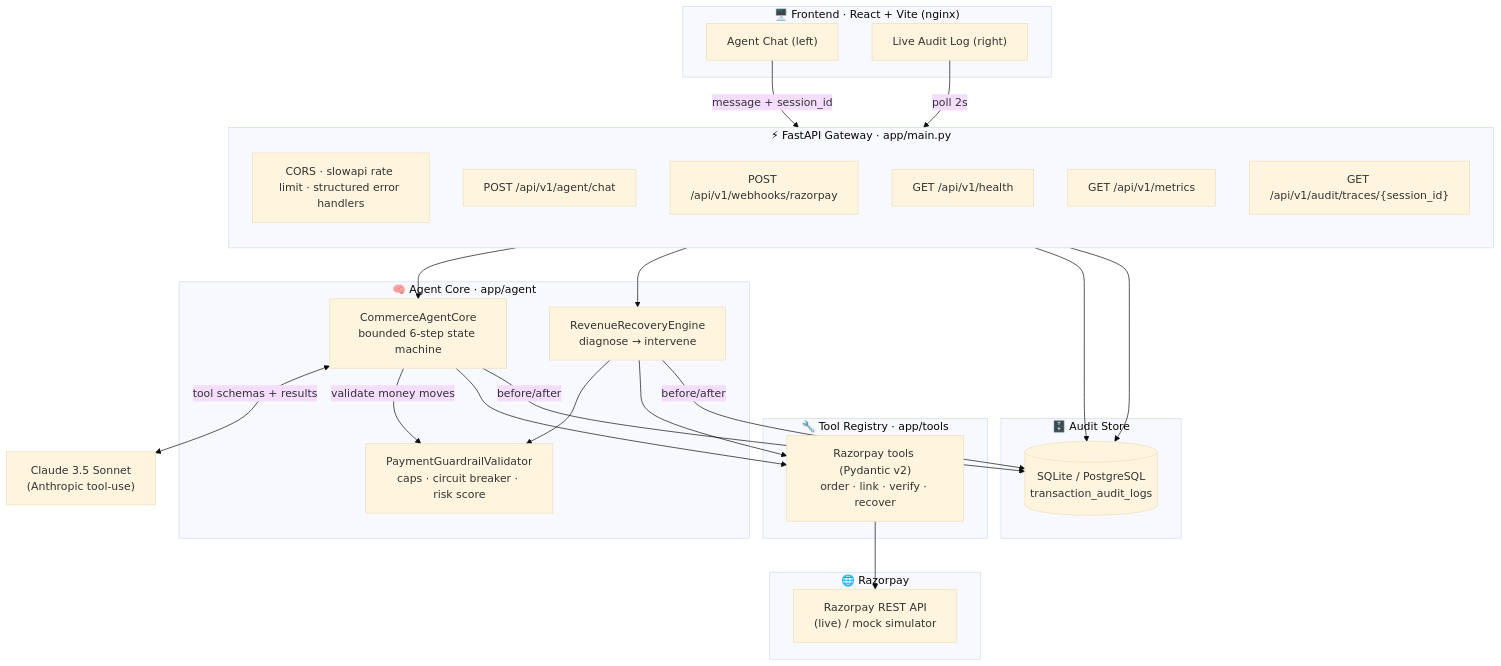
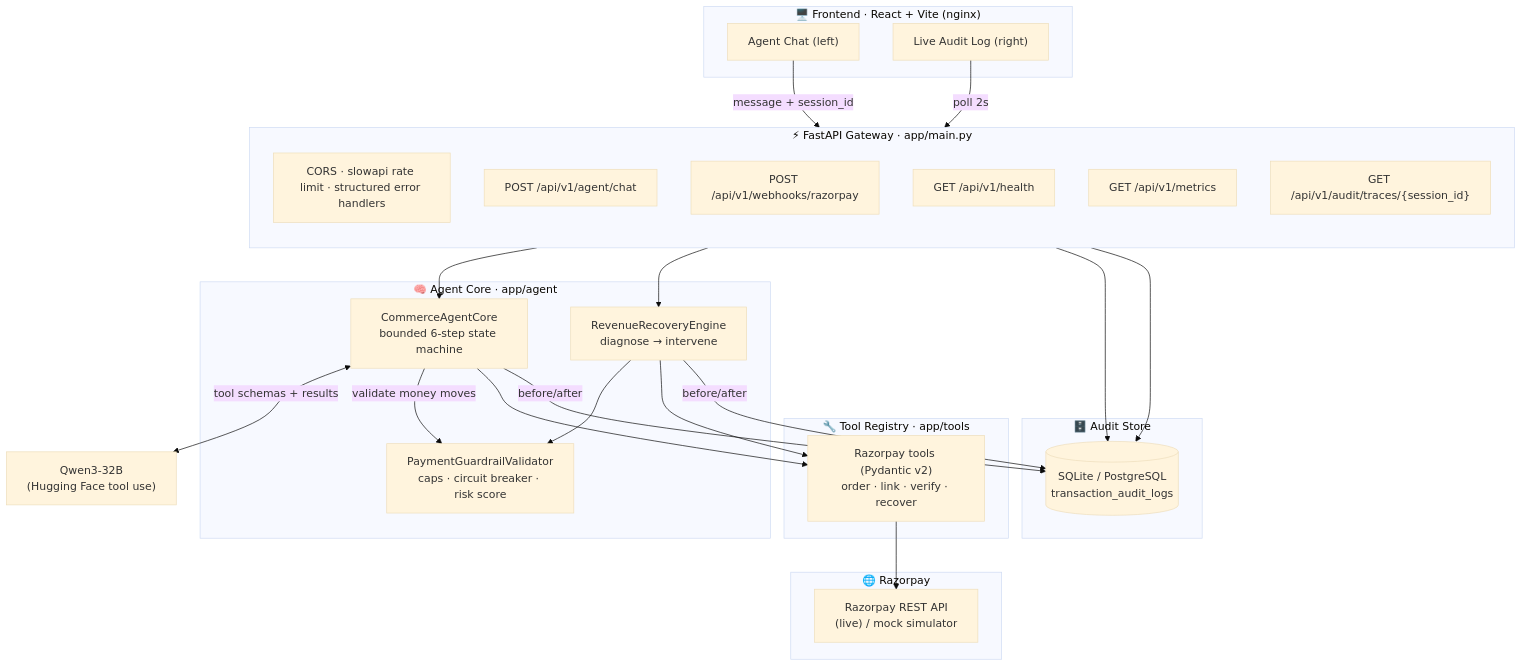
Before and after one commit to karnamvenkatachaitanya/agentseva: the diagram in README.md, drawn with Mermaid (base theme). The commit also changed other lines of this file and 52 other files, not shown here.

````diff
--- a/README.md
+++ b/README.md
@@ -26,52 +26,52 @@
 ```mermaid
 flowchart TB
     subgraph Client["🖥️ Frontend · React + Vite (nginx)"]
         Chat["Agent Chat (left)"]
         Audit["Live Audit Log (right)"]
     end
 
     subgraph Gateway["⚡ FastAPI Gateway · app/main.py"]
         direction TB
         MW["CORS · slowapi rate limit · structured error handlers"]
         EP1["POST /api/v1/agent/chat"]
         EP2["POST /api/v1/webhooks/razorpay"]
         EP3["GET /api/v1/health"]
         EP4["GET /api/v1/metrics"]
         EP5["GET /api/v1/audit/traces/{session_id}"]
     end
 
     subgraph Core["🧠 Agent Core · app/agent"]
         SM["CommerceAgentCore<br/>bounded 6-step state machine"]
         GR["PaymentGuardrailValidator<br/>caps · circuit breaker · risk score"]
         REC["RevenueRecoveryEngine<br/>diagnose → intervene"]
     end
 
     subgraph Tools["🔧 Tool Registry · app/tools"]
         RZ["Razorpay tools (Pydantic v2)<br/>order · link · verify · recover"]
     end
 
     subgraph Ext["🌐 Razorpay"]
         API["Razorpay REST API<br/>(live) / mock simulator"]
     end
 
     subgraph Data["🗄️ Audit Store"]
         DB[("SQLite / PostgreSQL<br/>transaction_audit_logs")]
     end
 
-    LLM["Claude 3.5 Sonnet<br/>(Anthropic tool-use)"]
+    LLM["Qwen3-32B<br/>(Hugging Face tool use)"]
 
     Chat -->|message + session_id| EP1
     Audit -->|poll 2s| EP5
     EP1 --> SM
     SM <-->|tool schemas + results| LLM
     SM -->|validate money moves| GR
     SM --> RZ
     EP2 --> REC
     REC --> GR
     REC --> RZ
     RZ --> API
     SM -->|before/after| DB
     REC -->|before/after| DB
     EP5 --> DB
     EP4 --> DB
 ```
````
